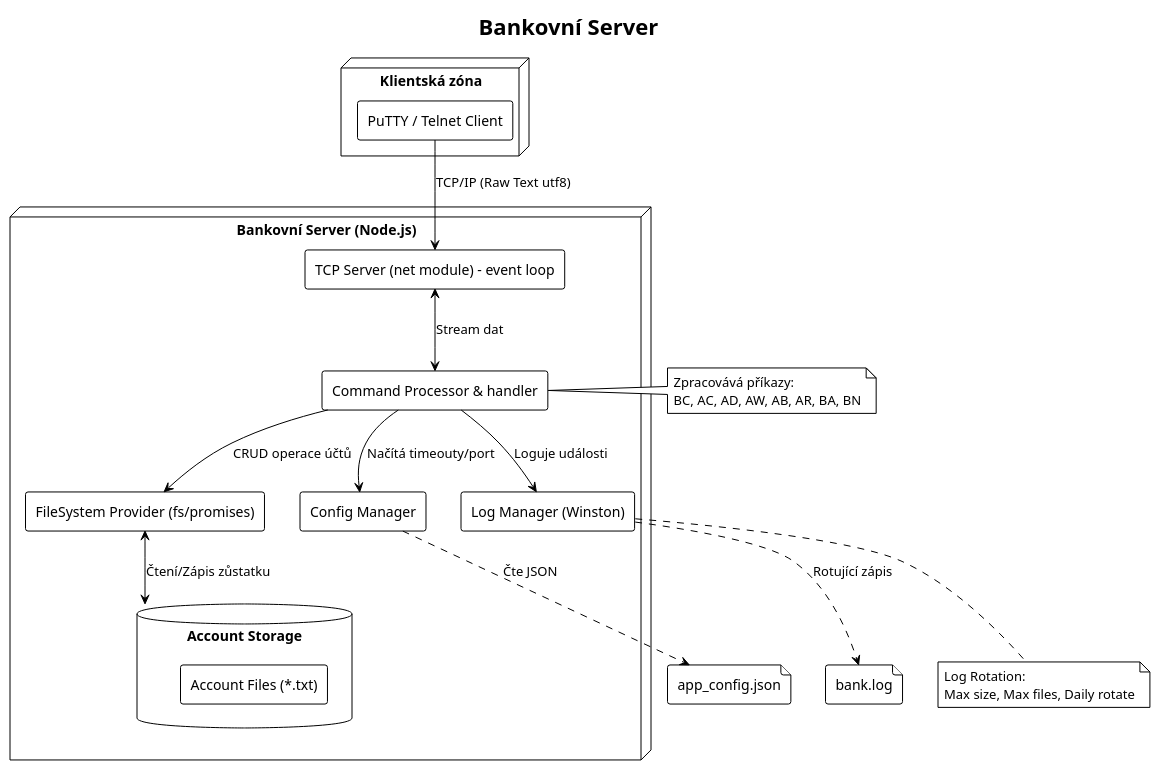
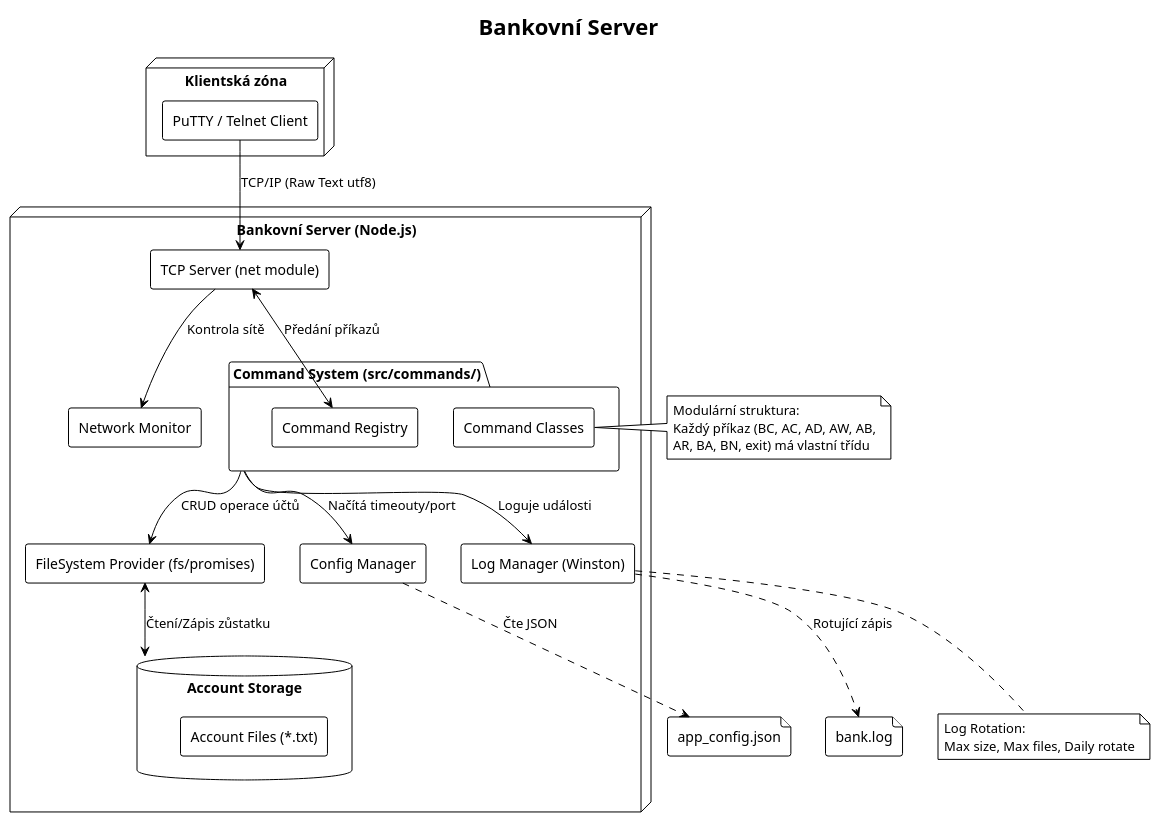
The diagram in conceptual_diagram.puml (Stevekk11/Project-portfolio), drawn with PlantUML before and after one commit. The commit also changed 14 other files, not shown here.

Commit message:
Better command pattern and class_diagram.puml

```diff
--- a/conceptual_diagram.puml
+++ b/conceptual_diagram.puml
@@ -1,47 +1,55 @@
 @startuml
 !theme plain
 skinparam componentStyle rectangle
 
 title Bankovní Server
 
 node "Klientská zóna" {
     [PuTTY / Telnet Client] as Client
 }
 
 node "Bankovní Server (Node.js)" {
 
-    component "TCP Server (net module) - event loop" as NetLayer
-    component "Command Processor & handler" as Logic
+    component "TCP Server (net module)" as NetLayer
+    component "Network Monitor" as Monitor
+
+    package "Command System (src/commands/)" as Logic {
+        [Command Registry] as Registry
+        [Command Classes] as CmdClasses
+    }
+
     component "Config Manager" as Config
     component "Log Manager (Winston)" as Logger
     component "FileSystem Provider (fs/promises)" as FS
 
     database "Account Storage" as Storage {
         [Account Files (*.txt)]
     }
 }
 
 file "app_config.json" as ConfigFile
 file "bank.log" as LogFile
 
 Client --> NetLayer : TCP/IP (Raw Text utf8)
-NetLayer <--> Logic : Stream dat
+NetLayer <--> Registry : Předání příkazů
+NetLayer --> Monitor : Kontrola sítě
 Logic --> Config : Načítá timeouty/port
 Config ..> ConfigFile : Čte JSON
 
 Logic --> FS : CRUD operace účtů
 FS <--> Storage : Čtení/Zápis zůstatku
 Logic --> Logger : Loguje události
 Logger ..> LogFile : Rotující zápis
 
-note right of Logic
-  Zpracovává příkazy:
-  BC, AC, AD, AW, AB, AR, BA, BN
+note right of CmdClasses
+  Modulární struktura:
+  Každý příkaz (BC, AC, AD, AW, AB,
+  AR, BA, BN, exit) má vlastní třídu
 end note
 
 note bottom of Logger
   Log Rotation:
   Max size, Max files, Daily rotate
 end note
 
 @enduml
```
